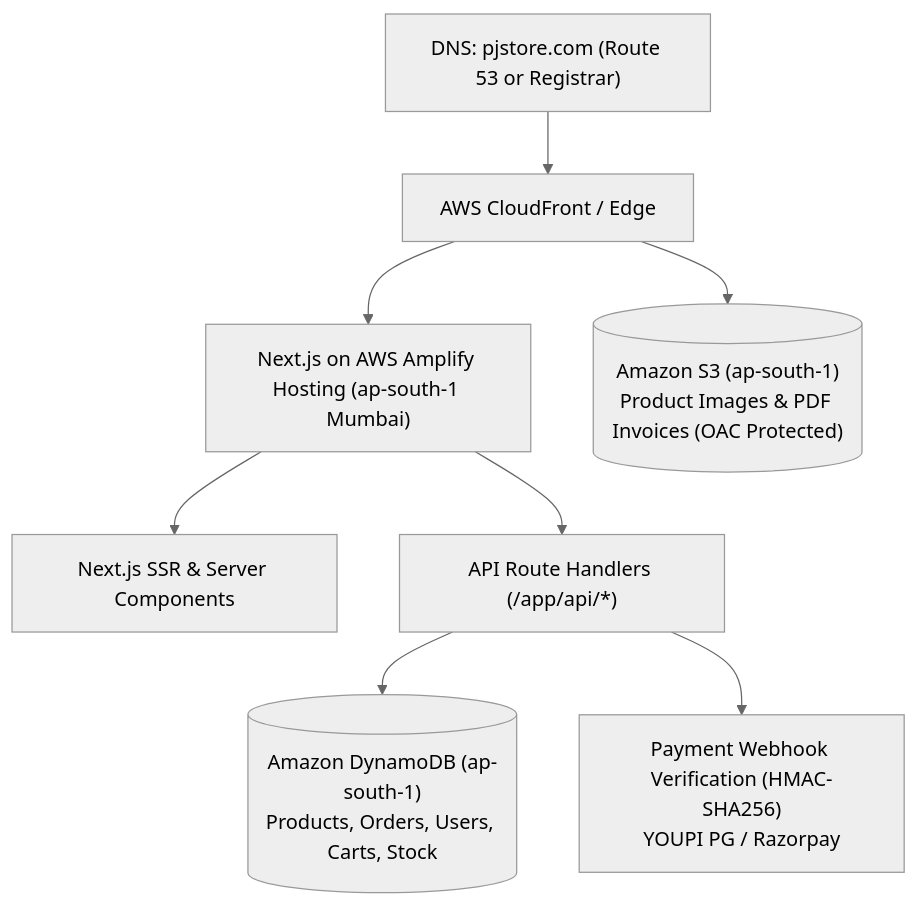
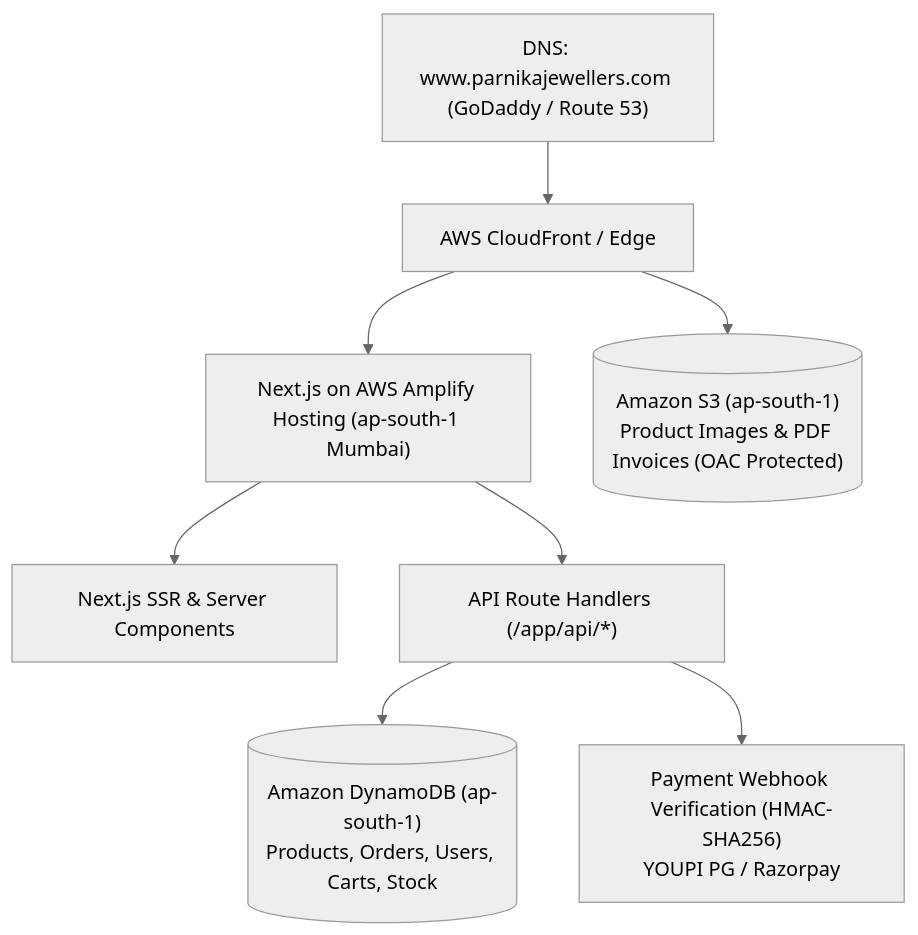
The diagram in README.md (sandeep83103/pjstoreV0), drawn with Mermaid (neutral theme) before and after one commit. The commit also changed other lines of this file and 33 other files, not shown here.

Commit message:
feat(domain): configure production domain www.parnikajewellers.com connected via GoDaddy to AWS Amplify

````diff
--- a/README.md
+++ b/README.md
@@ -167,10 +167,10 @@
 ```mermaid
 flowchart TD
-    DNS["DNS: pjstore.com (Route 53 or Registrar)"] --> CDN["AWS CloudFront / Edge"]
+    DNS["DNS: www.parnikajewellers.com (GoDaddy / Route 53)"] --> CDN["AWS CloudFront / Edge"]
     CDN --> Amplify["Next.js on AWS Amplify Hosting (ap-south-1 Mumbai)"]
     Amplify --> SSR["Next.js SSR & Server Components"]
     Amplify --> API["API Route Handlers (/app/api/*)"]
     API --> DDB[("Amazon DynamoDB (ap-south-1)<br/>Products, Orders, Users, Carts, Stock")]
     CDN --> S3[("Amazon S3 (ap-south-1)<br/>Product Images & PDF Invoices (OAC Protected)")]
     API --> Payment["Payment Webhook Verification (HMAC-SHA256)<br/>YOUPI PG / Razorpay"]
 ```
````
